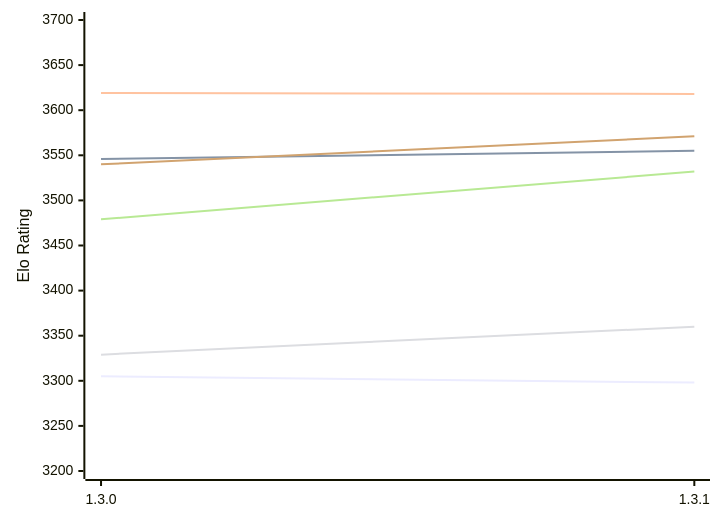
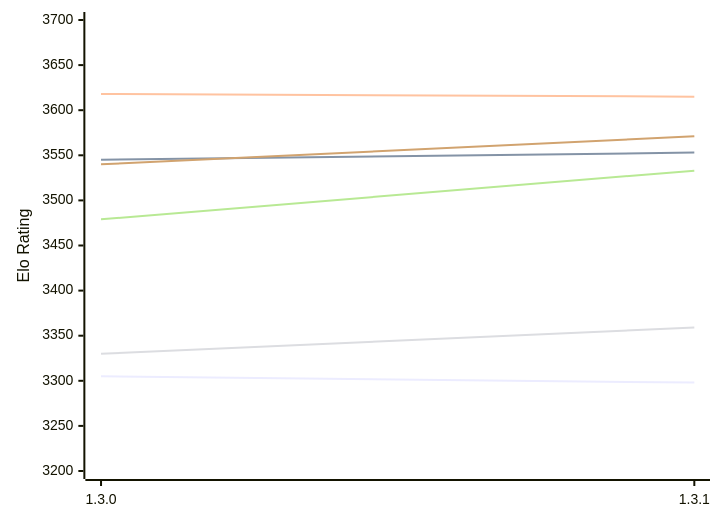
Before and after one commit to computer-chess-index/cci: the first of 2 diagrams in engines/Renegade.md, drawn with Mermaid. The commit also changed other lines of this file, not shown here.

Commit message:
Update CCI Ratings (ELO VLTC) - 2026-11-28

````diff
--- a/engines/Renegade.md
+++ b/engines/Renegade.md
@@ -50,12 +50,12 @@
 ```mermaid
 %%{init: {"theme":"base","themeVariables":{"seriesColors:['#a3a3a3','#222221','#faa371']}}}%%
 xychart-beta
   x-axis ["1.3.0", "1.3.1"]
   y-axis "Elo Rating" 3200 --> 3700
   line "E1: STC (8.0+0.08s)" [3305, 3298]
-  line "E1: LTC (60.0+0.60s)" [3546, 3555]
-  line "E1: VLTC (2m24s+1.12s)" [3619, 3618]
-  line "P1: STC (8.0+0.08s)" [3329, 3360]
-  line "P1: LTC (60.0+0.60s)" [3479, 3532]
+  line "E1: LTC (60.0+0.60s)" [3545, 3553]
+  line "E1: VLTC (2m24s+1.12s)" [3618, 3615]
+  line "P1: STC (8.0+0.08s)" [3330, 3359]
+  line "P1: LTC (60.0+0.60s)" [3479, 3533]
   line "P1: VLTC (2m24s+1.12s)" [3540, 3571]
 ```
````
